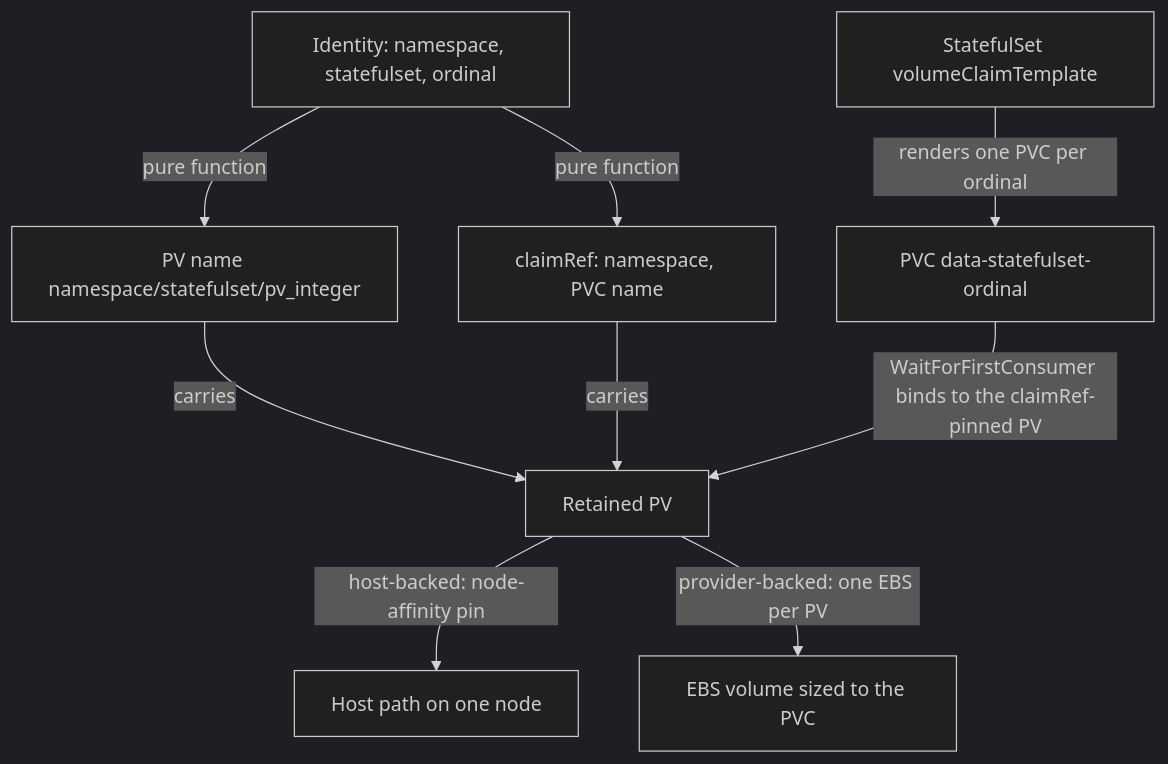
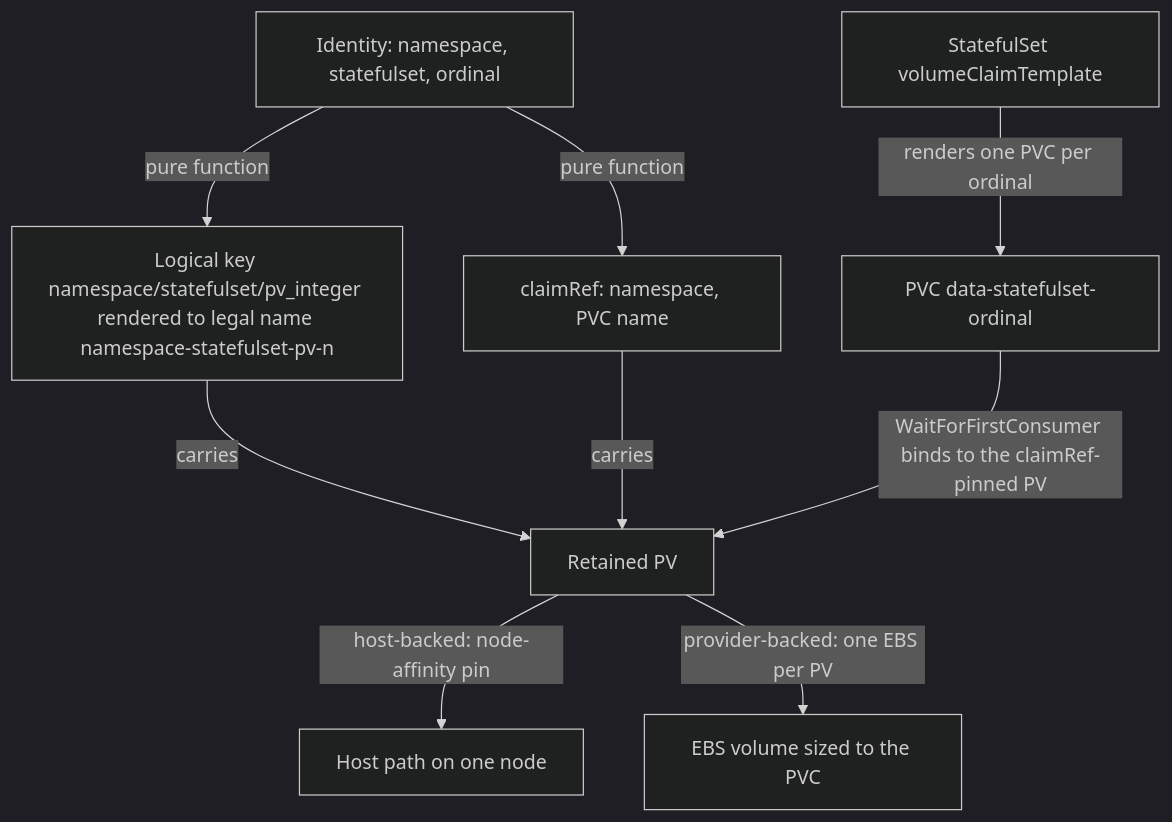
The first of 2 diagrams in documents/engineering/storage_lifecycle_doctrine.md (Tuee22/amoebius), drawn with Mermaid (dark theme) before and after one commit. The commit also changed other lines of this file and 97 other files, not shown here.

````diff
--- a/documents/engineering/storage_lifecycle_doctrine.md
+++ b/documents/engineering/storage_lifecycle_doctrine.md
@@ -120,11 +126,11 @@
 ```mermaid
 flowchart TD
   sts[StatefulSet volumeClaimTemplate] -->|renders one PVC per ordinal| pvc[PVC data-statefulset-ordinal]
-  ident[Identity: namespace, statefulset, ordinal] -->|pure function| pvname[PV name namespace/statefulset/pv_integer]
+  ident[Identity: namespace, statefulset, ordinal] -->|pure function| pvname[Logical key namespace/statefulset/pv_integer rendered to legal name namespace-statefulset-pv-n]
   ident -->|pure function| claimref[claimRef: namespace, PVC name]
   pvname -->|carries| pv[Retained PV]
   claimref -->|carries| pv
   pvc -->|WaitForFirstConsumer binds to the claimRef-pinned PV| pv
   pv -->|host-backed: node-affinity pin| host[Host path on one node]
   pv -->|provider-backed: one EBS per PV| ebs[EBS volume sized to the PVC]
 ```
````
